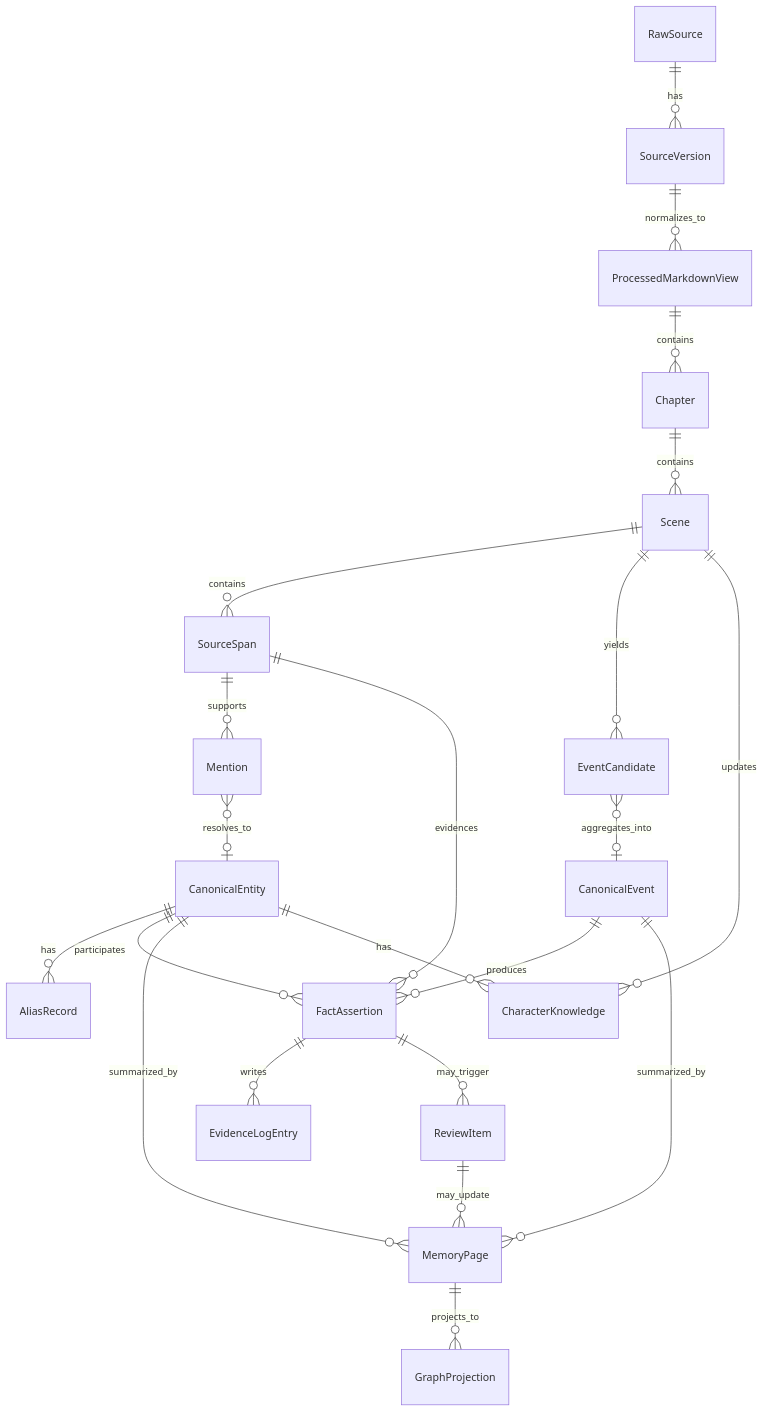
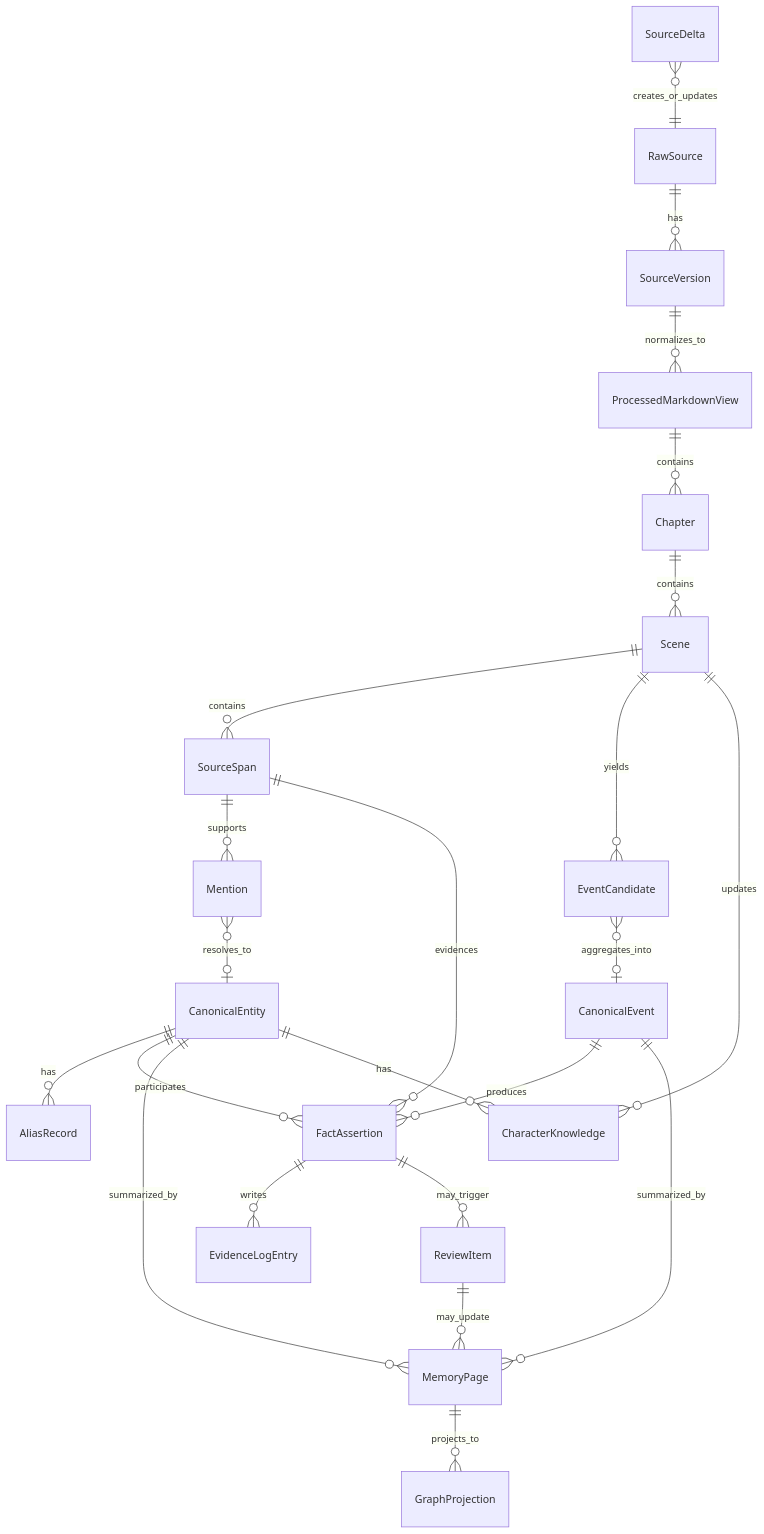
Before and after one commit to FrankQDWang/sextantlabs: the diagram in goals/02-core-data-structures.md, drawn with Mermaid. The commit also changed other lines of this file, not shown here.

Commit message:
Add SourceDelta and align review enums

````diff
--- a/goals/02-core-data-structures.md
+++ b/goals/02-core-data-structures.md
@@ -7,24 +7,25 @@
 ```mermaid
 erDiagram
+    SourceDelta }o--|| RawSource : creates_or_updates
     RawSource ||--o{ SourceVersion : has
     SourceVersion ||--o{ ProcessedMarkdownView : normalizes_to
     ProcessedMarkdownView ||--o{ Chapter : contains
     Chapter ||--o{ Scene : contains
     Scene ||--o{ SourceSpan : contains
     SourceSpan ||--o{ Mention : supports
     Mention }o--o| CanonicalEntity : resolves_to
     CanonicalEntity ||--o{ AliasRecord : has
     Scene ||--o{ EventCandidate : yields
     EventCandidate }o--o| CanonicalEvent : aggregates_into
     CanonicalEvent ||--o{ FactAssertion : produces
     CanonicalEntity ||--o{ FactAssertion : participates
     SourceSpan ||--o{ FactAssertion : evidences
     FactAssertion ||--o{ EvidenceLogEntry : writes
     FactAssertion ||--o{ ReviewItem : may_trigger
     CanonicalEntity ||--o{ MemoryPage : summarized_by
     CanonicalEvent ||--o{ MemoryPage : summarized_by
     Scene ||--o{ CharacterKnowledge : updates
     CanonicalEntity ||--o{ CharacterKnowledge : has
     MemoryPage ||--o{ GraphProjection : projects_to
     ReviewItem ||--o{ MemoryPage : may_update
 ```
````
